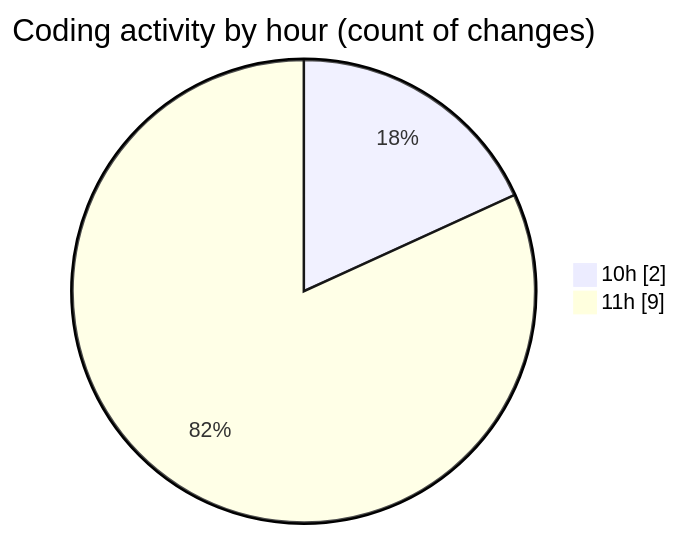
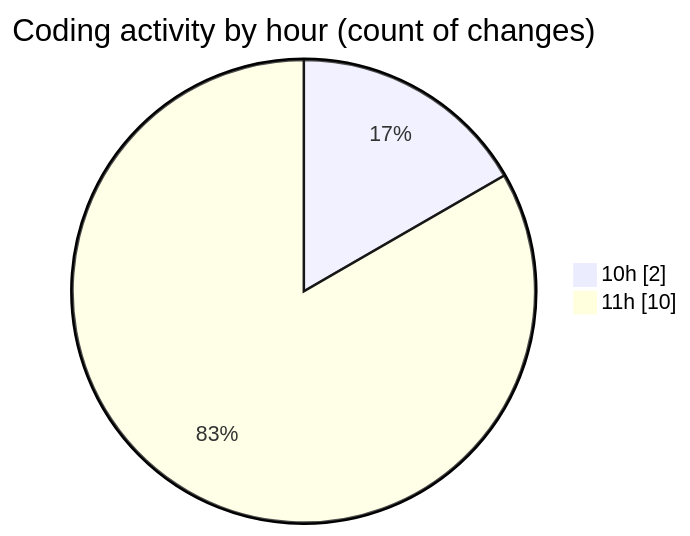
Before and after one commit to idhammustaqopulfikri/code-tracking: the second of 2 diagrams in 2025-06-02/studio-backend/README.md, drawn with Mermaid. The commit also changed other lines of this file and 1 other file, not shown here.

````diff
--- a/2025-06-02/studio-backend/README.md
+++ b/2025-06-02/studio-backend/README.md
@@ -34,6 +34,6 @@
 ```mermaid
 pie showData
 title Coding activity by hour (count of changes)
 "10h" : 2
-"11h" : 9
+"11h" : 10
 ```
````
